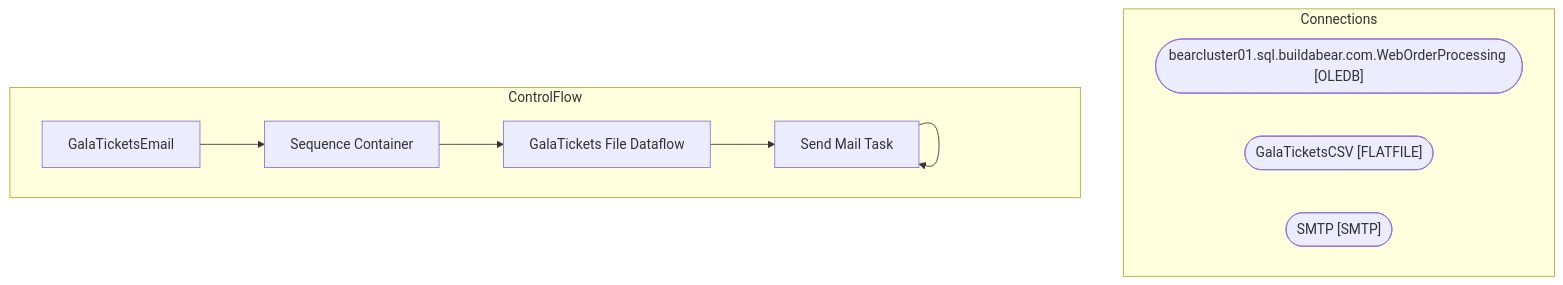
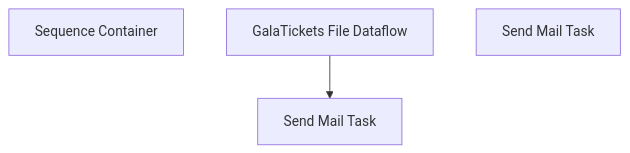
Before and after one commit to juanandresbrain/BABSkills: the diagram in bab-docs-explorer/Documentation/STL-SSIS-P-01/SSIS/WEB/GalaTicketsEmail.GalaTicketsEmail.md, drawn with Mermaid. The commit also changed other lines of this file and 273 other files, not shown here.

````diff
--- a/bab-docs-explorer/Documentation/STL-SSIS-P-01/SSIS/WEB/GalaTicketsEmail.GalaTicketsEmail.md
+++ b/bab-docs-explorer/Documentation/STL-SSIS-P-01/SSIS/WEB/GalaTicketsEmail.GalaTicketsEmail.md
@@ -9,19 +36,8 @@
 ```mermaid
 flowchart TD
-    subgraph Connections
-        bearcluster01_sql_buildabear_com_WebOrderProcessing_conn(["bearcluster01.sql.buildabear.com.WebOrderProcessing [OLEDB]"])
-        GalaTicketsCSV_conn(["GalaTicketsCSV [FLATFILE]"])
-        SMTP_conn(["SMTP [SMTP]"])
-    end
-    subgraph ControlFlow
-        GalaTicketsEmail_task["GalaTicketsEmail"]
-        Sequence_Container_task["Sequence Container"]
-        GalaTicketsEmail_task --> Sequence_Container_task
-        GalaTickets_File_Dataflow_task["GalaTickets File Dataflow"]
-        Sequence_Container_task --> GalaTickets_File_Dataflow_task
-        Send_Mail_Task_task["Send Mail Task"]
-        GalaTickets_File_Dataflow_task --> Send_Mail_Task_task
-        Send_Mail_Task_task["Send Mail Task"]
-        Send_Mail_Task_task --> Send_Mail_Task_task
-    end
+    n_Package_Sequence_Container["Sequence Container"]
+    n_Package_Sequence_Container_GalaTickets_File_Dataflow["GalaTickets File Dataflow"]
+    n_Package_Sequence_Container_Send_Mail_Task["Send Mail Task"]
+    n_Package_EventHandlers_OnError__Send_Mail_Task["Send Mail Task"]
+    n_Package_Sequence_Container_GalaTickets_File_Dataflow --> n_Package_Sequence_Container_Send_Mail_Task
 ```
````
